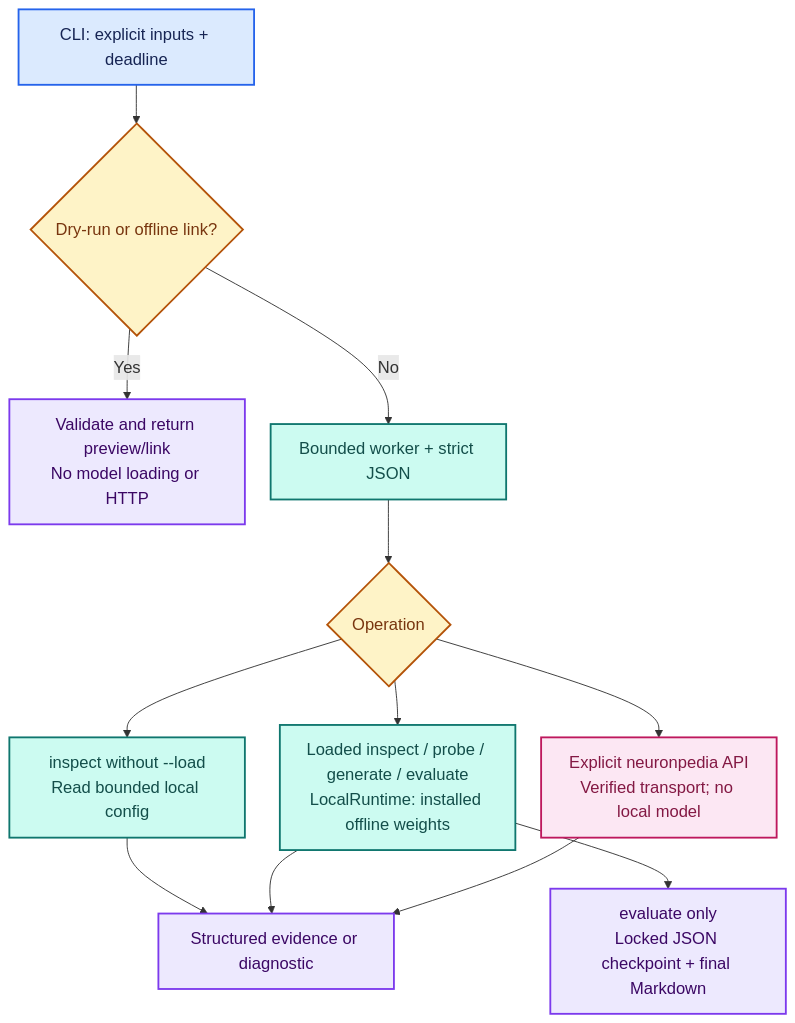
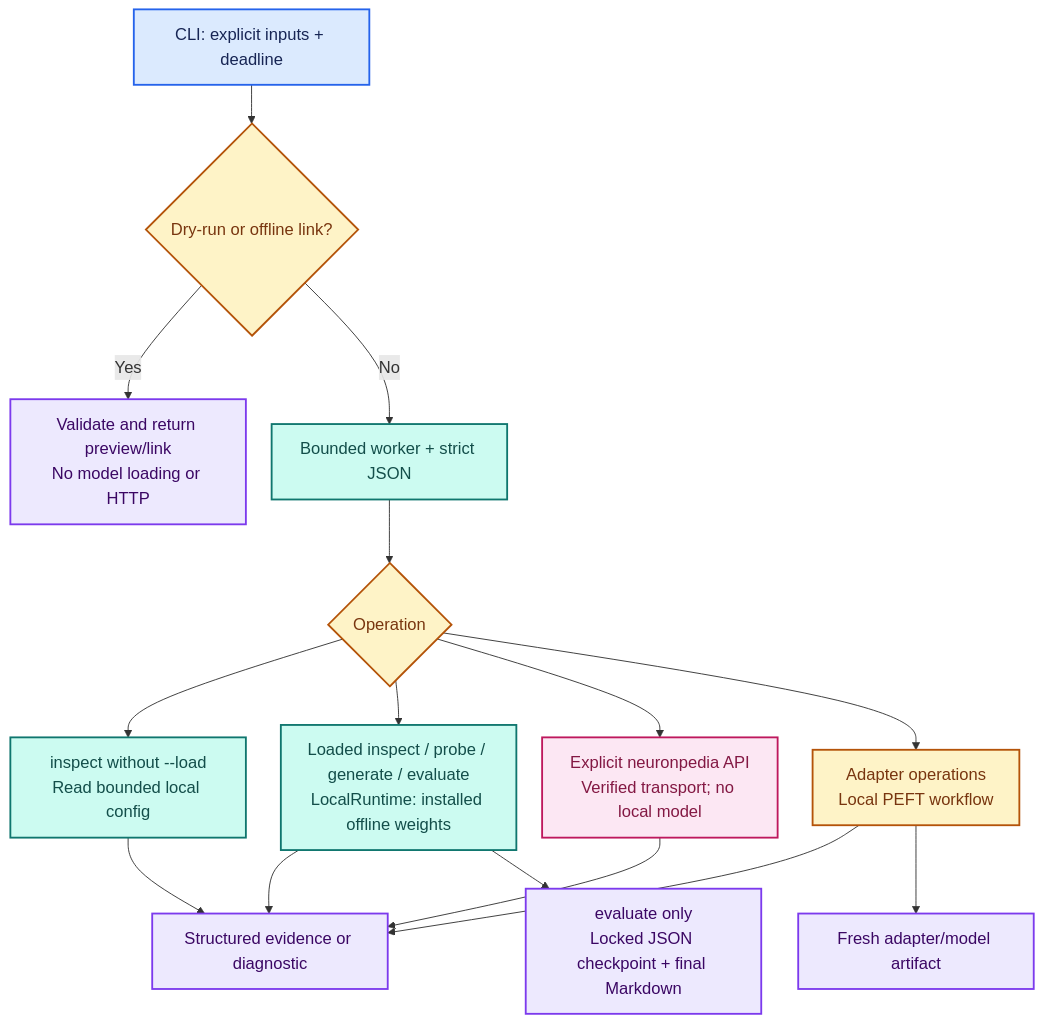
One commit to djayuffe/neuron-steer changed the first of 5 diagrams in design.md. Above: the diagram before and after it, drawn with Mermaid. The commit also changed other lines of this file and 24 other files, not shown here.

Commit message:
Add local LoRA training, held-out evaluation and verified standalone model export

````diff
--- a/design.md
+++ b/design.md
@@ -47,34 +47,37 @@
 ```mermaid
 ---
 config:
   fontFamily: Arial, Helvetica, sans-serif
   fontSize: 18
   themeVariables:
     fontFamily: Arial, Helvetica, sans-serif
     fontSize: 18px
   flowchart:
     nodeSpacing: 28
     rankSpacing: 42
     padding: 14
 ---
 flowchart TB
   accTitle: Architecture and actual operation routing
   accDescr: The parent handles previews and offline links. Other work uses a bounded worker, routing local configuration, model-backed jobs and explicit Neuronpedia API requests to distinct paths.
   C["CLI: explicit inputs + deadline"]:::input --> P{"Dry-run or offline link?"}:::choice
   P -- "Yes" --> V["Validate and return preview/link<br/>No model loading or HTTP"]:::evidence
   P -- "No" --> W["Bounded worker + strict JSON"]:::local
   W --> R{"Operation"}:::choice
   R --> I["inspect without --load<br/>Read bounded local config"]:::local
   R --> L["Loaded inspect / probe / generate / evaluate<br/>LocalRuntime: installed offline weights"]:::local
   R --> N["Explicit neuronpedia API<br/>Verified transport; no local model"]:::remote
+  R --> A["Adapter operations<br/>Local PEFT workflow"]:::choice
+  A --> O
+  A --> F["Fresh adapter/model artifact"]:::evidence
   I --> O["Structured evidence or diagnostic"]:::evidence
   L --> O
   N --> O
   L --> E["evaluate only<br/>Locked JSON checkpoint + final Markdown"]:::evidence
   classDef input fill:#DBEAFE,stroke:#2563EB,color:#172554,stroke-width:2px;
   classDef local fill:#CCFBF1,stroke:#0F766E,color:#134E4A,stroke-width:2px;
   classDef choice fill:#FEF3C7,stroke:#B45309,color:#78350F,stroke-width:2px;
   classDef evidence fill:#EDE9FE,stroke:#7C3AED,color:#3B0764,stroke-width:2px;
   classDef remote fill:#FCE7F3,stroke:#BE185D,color:#831843,stroke-width:2px;
   classDef limit fill:#FEE2E2,stroke:#DC2626,color:#7F1D1D,stroke-width:2px;
 ```
````
